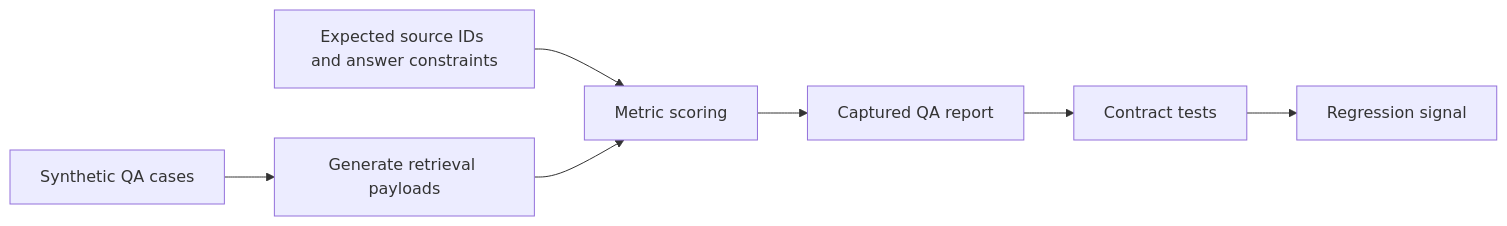
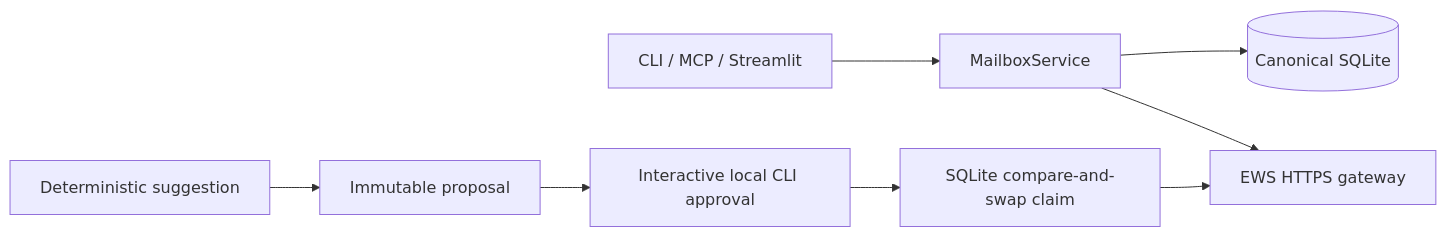
The second of 2 diagrams in docs/ARCHITECTURE_AND_METHODS.md (sebastianspicker/mailarium-olm), drawn with Mermaid before and after one commit. The commit also changed other lines of this file and 591 other files, not shown here.

````diff
--- a/docs/ARCHITECTURE_AND_METHODS.md
+++ b/docs/ARCHITECTURE_AND_METHODS.md
@@ -350,9 +45,10 @@
 ```mermaid
 flowchart LR
-    QUESTIONS["Synthetic QA cases"] --> RUN["Generate retrieval payloads"]
-    RESULTS["Expected source IDs and answer constraints"] --> SCORE["Metric scoring"]
-    RUN --> SCORE
-    SCORE --> REPORT["Captured QA report"]
-    REPORT --> CONTRACT["Contract tests"]
-    CONTRACT --> REGRESSION["Regression signal"]
+    SURFACE["CLI / MCP / Streamlit"] --> SERVICE["MailboxService"]
+    SERVICE --> DB[("Canonical SQLite")]
+    SERVICE --> GATEWAY["EWS HTTPS gateway"]
+    TRIAGE["Deterministic suggestion"] --> PROPOSAL["Immutable proposal"]
+    PROPOSAL --> APPROVAL["Interactive local CLI approval"]
+    APPROVAL --> CLAIM["SQLite compare-and-swap claim"]
+    CLAIM --> GATEWAY
 ```
````
